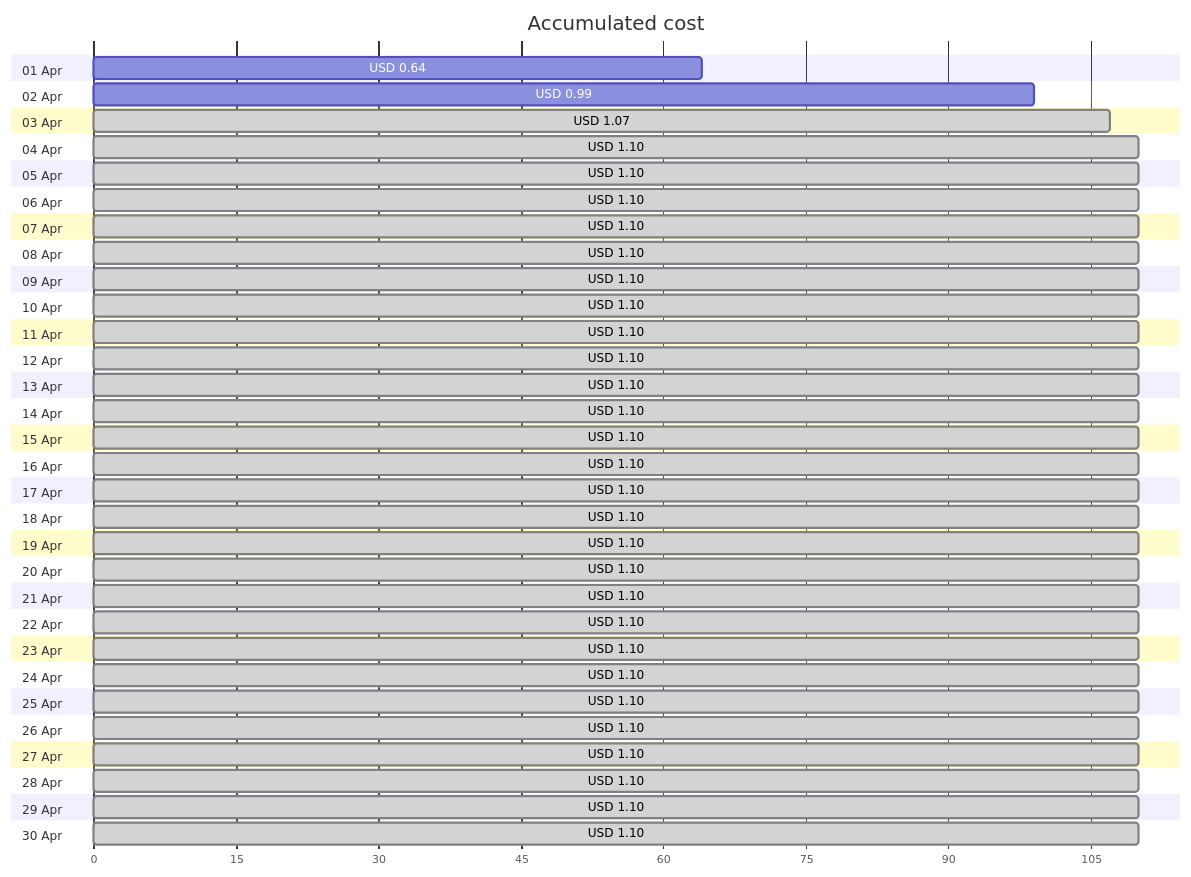
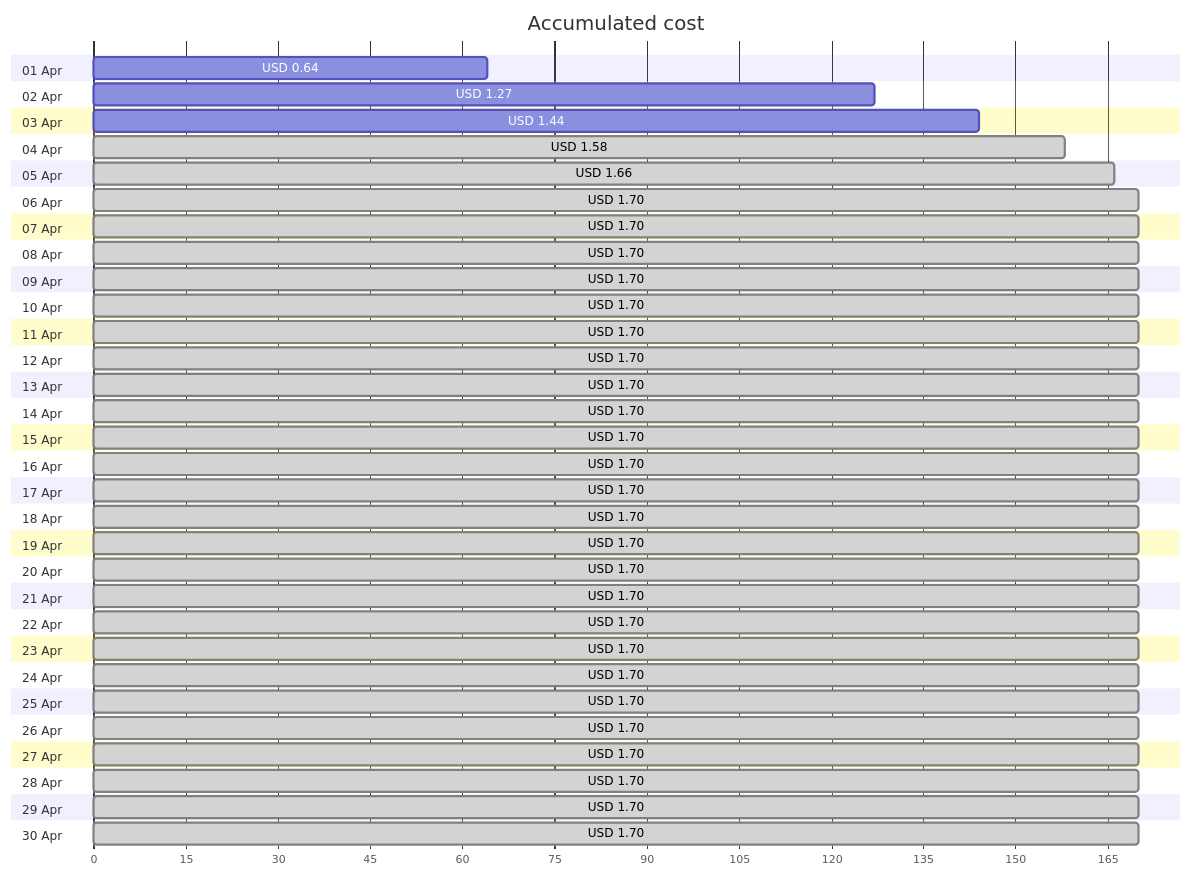
Before and after one commit to jpfulton/azure-personal-reports: the first of 4 diagrams in cost-reports/accumulated-cost.md, drawn with Mermaid. The commit also changed other lines of this file and 4 other files, not shown here.

````diff
--- a/cost-reports/accumulated-cost.md
+++ b/cost-reports/accumulated-cost.md
@@ -20,66 +20,66 @@
 ```mermaid
 gantt
    title Accumulated cost
    dateFormat  X
    axisFormat %s
    section 01 Apr
    USD 0.64 :0, 64
    section 02 Apr
-   USD 0.99 :0, 99
+   USD 1.27 :0, 127
    section 03 Apr
-   USD 1.07 : done, 0, 107
+   USD 1.44 :0, 144
    section 04 Apr
-   USD 1.10 : done, 0, 110
+   USD 1.58 : done, 0, 158
    section 05 Apr
-   USD 1.10 : done, 0, 110
+   USD 1.66 : done, 0, 166
    section 06 Apr
-   USD 1.10 : done, 0, 110
+   USD 1.70 : done, 0, 170
    section 07 Apr
-   USD 1.10 : done, 0, 110
+   USD 1.70 : done, 0, 170
    section 08 Apr
-   USD 1.10 : done, 0, 110
+   USD 1.70 : done, 0, 170
    section 09 Apr
-   USD 1.10 : done, 0, 110
+   USD 1.70 : done, 0, 170
    section 10 Apr
-   USD 1.10 : done, 0, 110
+   USD 1.70 : done, 0, 170
    section 11 Apr
-   USD 1.10 : done, 0, 110
+   USD 1.70 : done, 0, 170
    section 12 Apr
-   USD 1.10 : done, 0, 110
+   USD 1.70 : done, 0, 170
    section 13 Apr
-   USD 1.10 : done, 0, 110
+   USD 1.70 : done, 0, 170
    section 14 Apr
-   USD 1.10 : done, 0, 110
+   USD 1.70 : done, 0, 170
    section 15 Apr
-   USD 1.10 : done, 0, 110
+   USD 1.70 : done, 0, 170
    section 16 Apr
-   USD 1.10 : done, 0, 110
+   USD 1.70 : done, 0, 170
    section 17 Apr
-   USD 1.10 : done, 0, 110
+   USD 1.70 : done, 0, 170
    section 18 Apr
-   USD 1.10 : done, 0, 110
+   USD 1.70 : done, 0, 170
    section 19 Apr
-   USD 1.10 : done, 0, 110
+   USD 1.70 : done, 0, 170
    section 20 Apr
-   USD 1.10 : done, 0, 110
+   USD 1.70 : done, 0, 170
    section 21 Apr
-   USD 1.10 : done, 0, 110
+   USD 1.70 : done, 0, 170
    section 22 Apr
-   USD 1.10 : done, 0, 110
+   USD 1.70 : done, 0, 170
    section 23 Apr
-   USD 1.10 : done, 0, 110
+   USD 1.70 : done, 0, 170
    section 24 Apr
-   USD 1.10 : done, 0, 110
+   USD 1.70 : done, 0, 170
    section 25 Apr
-   USD 1.10 : done, 0, 110
+   USD 1.70 : done, 0, 170
    section 26 Apr
-   USD 1.10 : done, 0, 110
+   USD 1.70 : done, 0, 170
    section 27 Apr
-   USD 1.10 : done, 0, 110
+   USD 1.70 : done, 0, 170
    section 28 Apr
-   USD 1.10 : done, 0, 110
+   USD 1.70 : done, 0, 170
    section 29 Apr
-   USD 1.10 : done, 0, 110
+   USD 1.70 : done, 0, 170
    section 30 Apr
-   USD 1.10 : done, 0, 110
+   USD 1.70 : done, 0, 170
 ```
````
